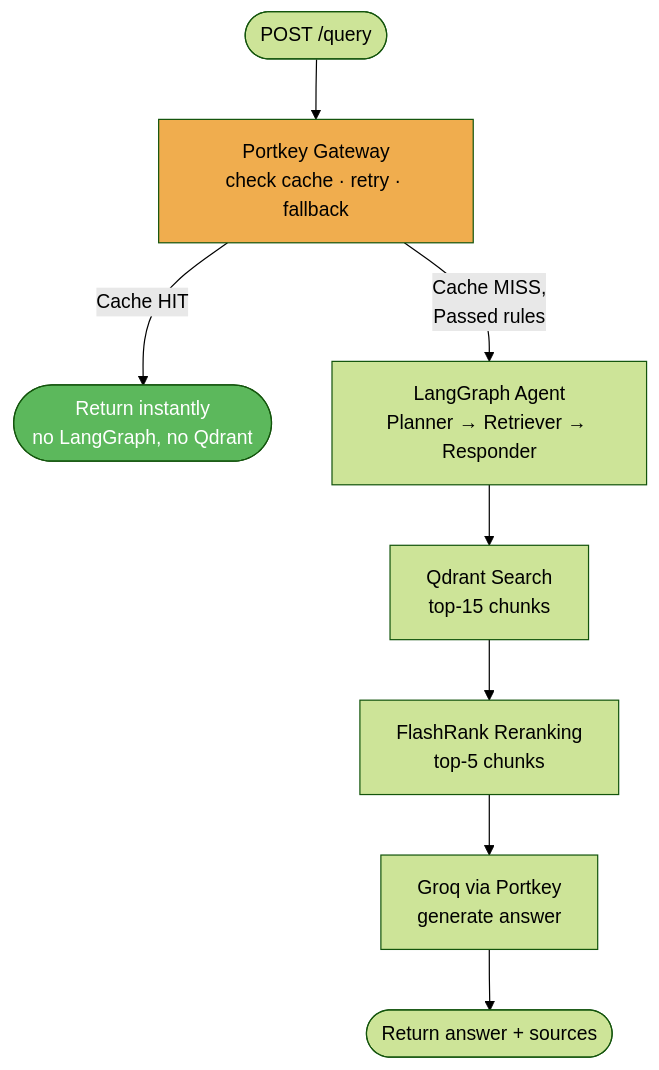
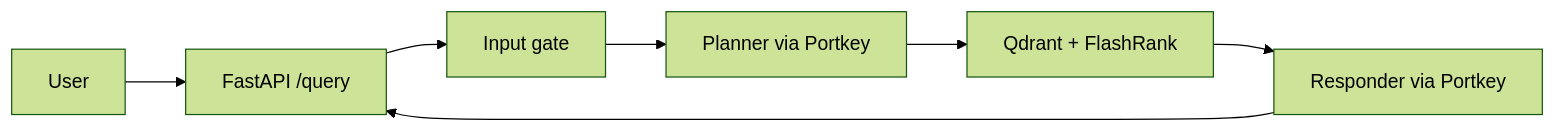
One commit to krunalp1908/Build-Production-Grade-RAG---Application changed the second of 2 diagrams in DOCS/09_LLM_GATEWAY.md. Above: the diagram before and after it, drawn with Mermaid (forest theme). The commit also changed other lines of this file and 12 other files, not shown here.

First line of the commit message:
Refactor documentation for Portkey LLM Gateway integration and evaluation pipeline

````diff
--- a/DOCS/09_LLM_GATEWAY.md
+++ b/DOCS/09_LLM_GATEWAY.md
@@ -437,13 +52,9 @@
 ```mermaid
-flowchart TD
-    A([POST /query]) --> B[Portkey Gateway\ncheck cache · retry · fallback]
-    B -- Cache HIT --> C([Return instantly\nno LangGraph, no Qdrant])
-    B -- Cache MISS,\nPassed rules --> D[LangGraph Agent\nPlanner → Retriever → Responder]
-    D --> E[Qdrant Search\ntop-15 chunks]
-    E --> F[FlashRank Reranking\ntop-5 chunks]
-    F --> G[Groq via Portkey\ngenerate answer]
-    G --> H([Return answer + sources])
-
-    style B fill:#f0ad4e,color:#000
-    style C fill:#5cb85c,color:#fff
+flowchart LR
+    U[User] --> API[FastAPI /query]
+    API --> G[Input gate]
+    G --> P[Planner via Portkey]
+    P --> R[Qdrant + FlashRank]
+    R --> S[Responder via Portkey]
+    S --> API
 ```
````
